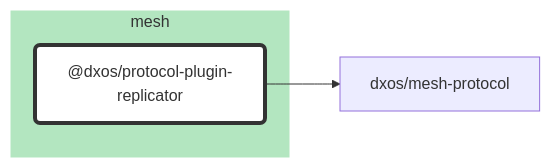
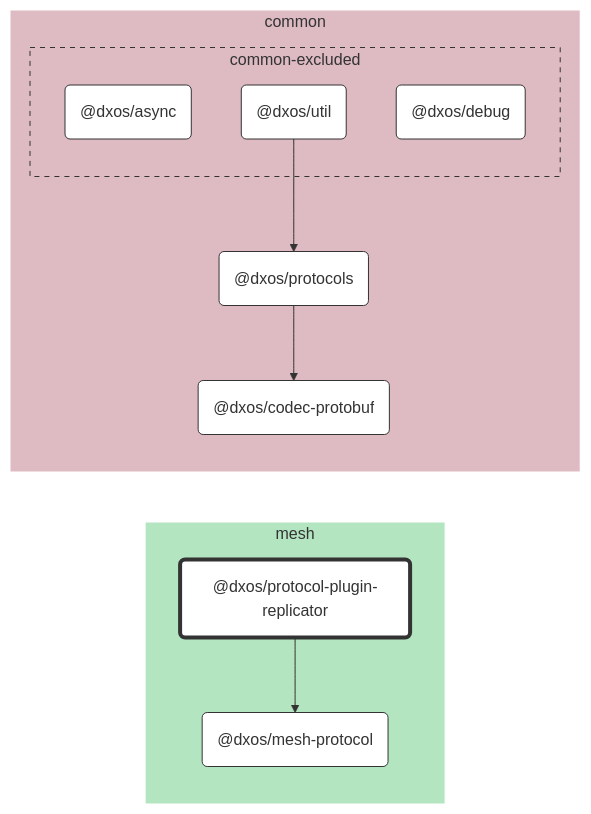
One commit to dxos/dxos changed the diagram in packages/mesh/protocol-plugin-replicator/docs/README.md. Above: the diagram before and after it, drawn with Mermaid. The commit also changed 65 other files, not shown here.

````diff
--- a/packages/mesh/protocol-plugin-replicator/docs/README.md
+++ b/packages/mesh/protocol-plugin-replicator/docs/README.md
@@ -7,21 +7,43 @@
 ```mermaid
 %%{ init: {'flowchart':{'curve':'basis'}} }%%
 
 flowchart LR
 
 %% Classes
 classDef def fill:#fff,stroke:#333,stroke-width:1px
 classDef root fill:#fff,stroke:#333,stroke-width:4px
 
 %% Nodes
 
 subgraph mesh [mesh]
   style mesh fill:#b3e6c0,stroke:#fff
   dxos/protocol-plugin-replicator("@dxos/protocol-plugin-replicator"):::root
   click dxos/protocol-plugin-replicator "dxos/dxos/tree/main/packages/mesh/protocol-plugin-replicator/docs"
+  dxos/mesh-protocol("@dxos/mesh-protocol"):::def
+  click dxos/mesh-protocol "dxos/dxos/tree/main/packages/mesh/mesh-protocol/docs"
+end
+
+subgraph common [common]
+  style common fill:#debac2,stroke:#fff
+  dxos/codec-protobuf("@dxos/codec-protobuf"):::def
+  click dxos/codec-protobuf "dxos/dxos/tree/main/packages/common/codec-protobuf/docs"
+  dxos/protocols("@dxos/protocols"):::def
+  click dxos/protocols "dxos/dxos/tree/main/packages/common/protocols/docs"
+
+  subgraph common-excluded [common-excluded]
+    style common-excluded fill:#debac2,stroke:#333,stroke-dasharray:5 5
+    dxos/async("@dxos/async"):::def
+    click dxos/async "dxos/dxos/tree/main/packages/common/async/docs"
+    dxos/debug("@dxos/debug"):::def
+    click dxos/debug "dxos/dxos/tree/main/packages/common/debug/docs"
+    dxos/util("@dxos/util"):::def
+    click dxos/util "dxos/dxos/tree/main/packages/common/util/docs"
+  end
 end
 
 %% Links
 linkStyle default stroke:#333,stroke-width:1px
 dxos/protocol-plugin-replicator --> dxos/mesh-protocol
+dxos/util --> dxos/protocols
+dxos/protocols --> dxos/codec-protobuf
 ```
````
